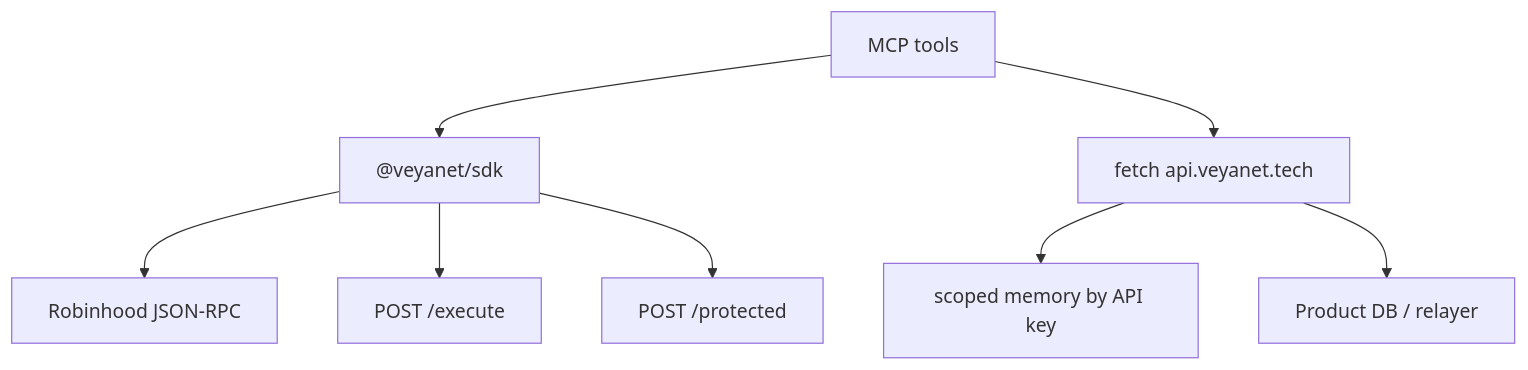
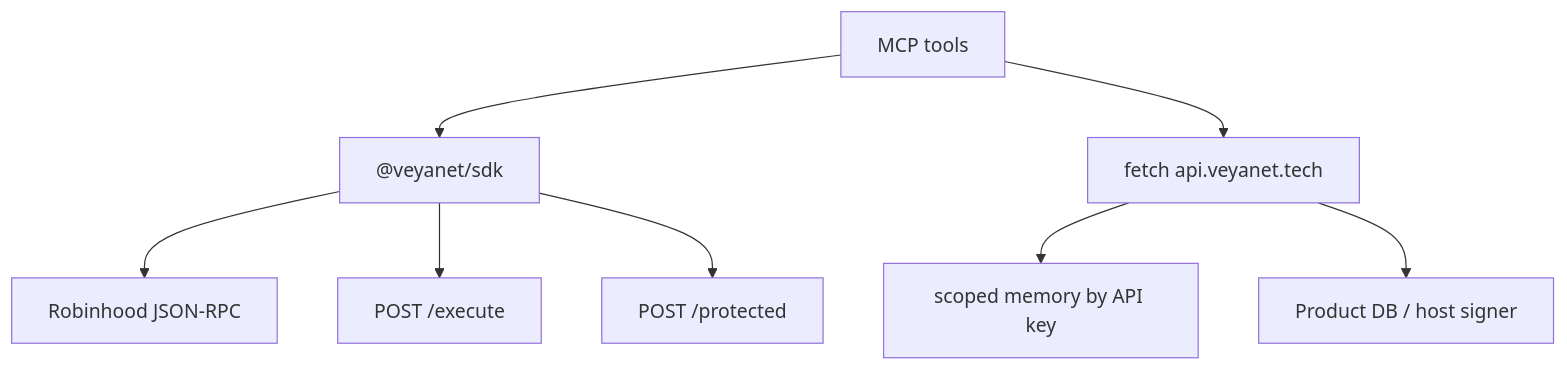
Before and after one commit to veyanet/veya-mcp: the diagram in docs/SDK_BRIDGE.md, drawn with Mermaid. The commit also changed other lines of this file, not shown here.

````diff
--- a/docs/SDK_BRIDGE.md
+++ b/docs/SDK_BRIDGE.md
@@ -100,11 +100,11 @@
 ```mermaid
 flowchart TB
   Tools["MCP tools"]
   Tools --> SDK["@veyanet/sdk"]
   Tools --> API["fetch api.veyanet.tech"]
   SDK --> RPC["Robinhood JSON-RPC"]
   SDK --> VAL["POST /execute"]
   SDK --> SEAL["POST /protected"]
   API --> MEM["scoped memory by API key"]
-  API --> PG["Product DB / relayer"]
+  API --> PG["Product DB / host signer"]
 ```
````
